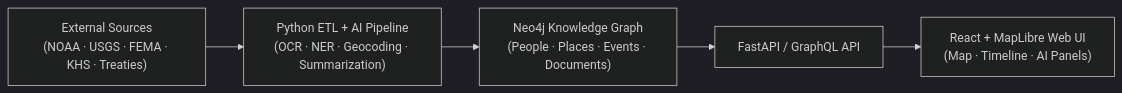
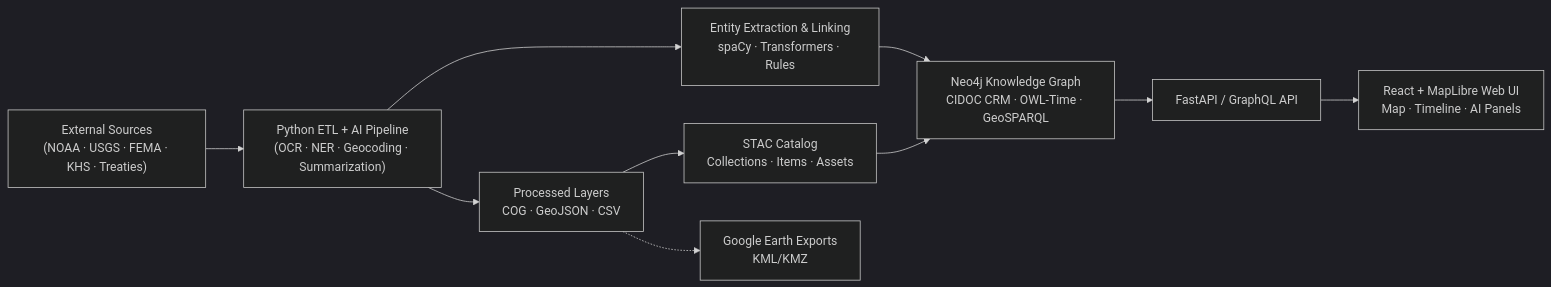
Before and after one commit to bartytime4life/Kansas-Frontier-Matrix: the diagram in README.md, drawn with Mermaid (dark theme). The commit also changed other lines of this file, not shown here.

First line of the commit message:
Revise README for system architecture and clarity

````diff
--- a/README.md
+++ b/README.md
@@ -55,9 +55,14 @@
 ```mermaid
 flowchart LR
-    A["External Sources<br/>(NOAA · USGS · FEMA · KHS · Treaties)"]
-      --> B["Python ETL + AI Pipeline<br/>(OCR · NER · Geocoding · Summarization)"]
-      --> C["Neo4j Knowledge Graph<br/>(People · Places · Events · Documents)"]
-      --> D["FastAPI / GraphQL API"]
-      --> E["React + MapLibre Web UI<br/>(Map · Timeline · AI Panels)"]
+  A["External Sources<br/>(NOAA · USGS · FEMA · KHS · Treaties)"]
+    --> B["Python ETL + AI Pipeline<br/>(OCR · NER · Geocoding · Summarization)"]
+  B --> C["Processed Layers<br/>COG · GeoJSON · CSV"]
+  C --> D["STAC Catalog<br/>Collections · Items · Assets"]
+  B --> E["Entity Extraction & Linking<br/>spaCy · Transformers · Rules"]
+  E --> F["Neo4j Knowledge Graph<br/>CIDOC CRM · OWL-Time · GeoSPARQL"]
+  D --> F
+  F --> G["FastAPI / GraphQL API"]
+  G --> H["React + MapLibre Web UI<br/>Map · Timeline · AI Panels"]
+  C -.-> I["Google Earth Exports<br/>KML/KMZ"]
 %% END OF MERMAID
 ```
````
